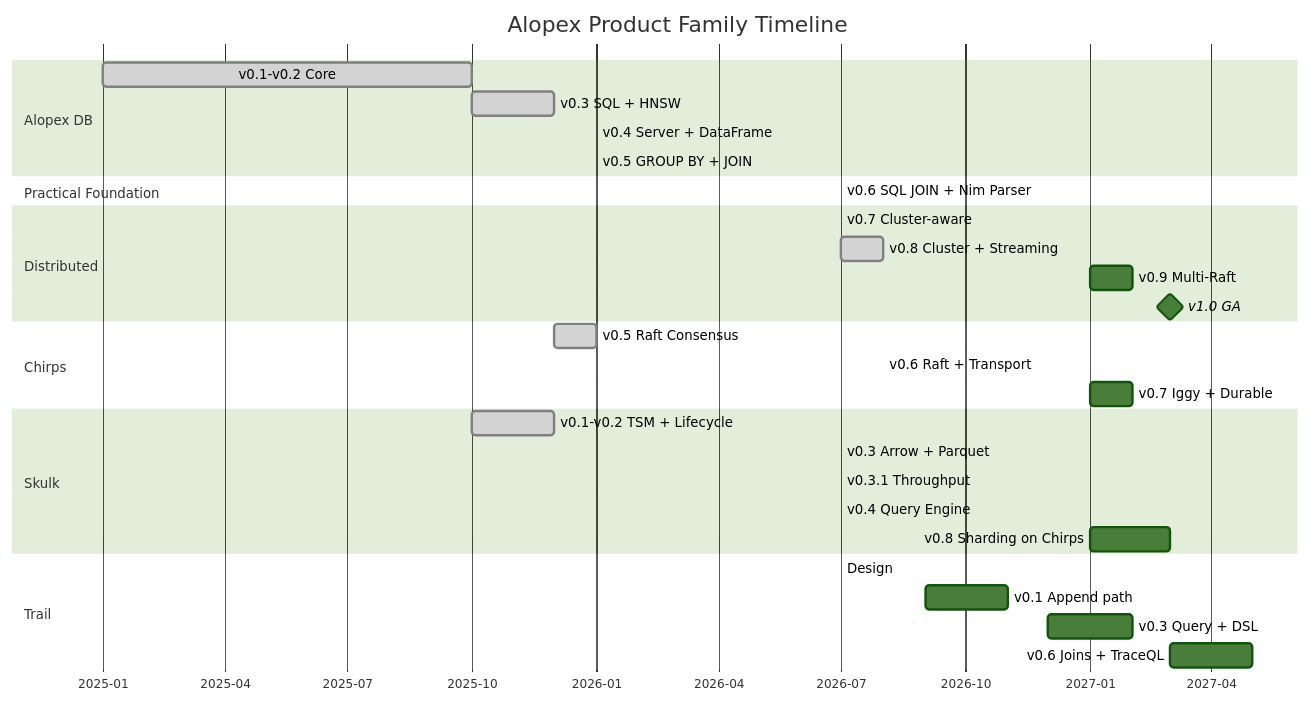
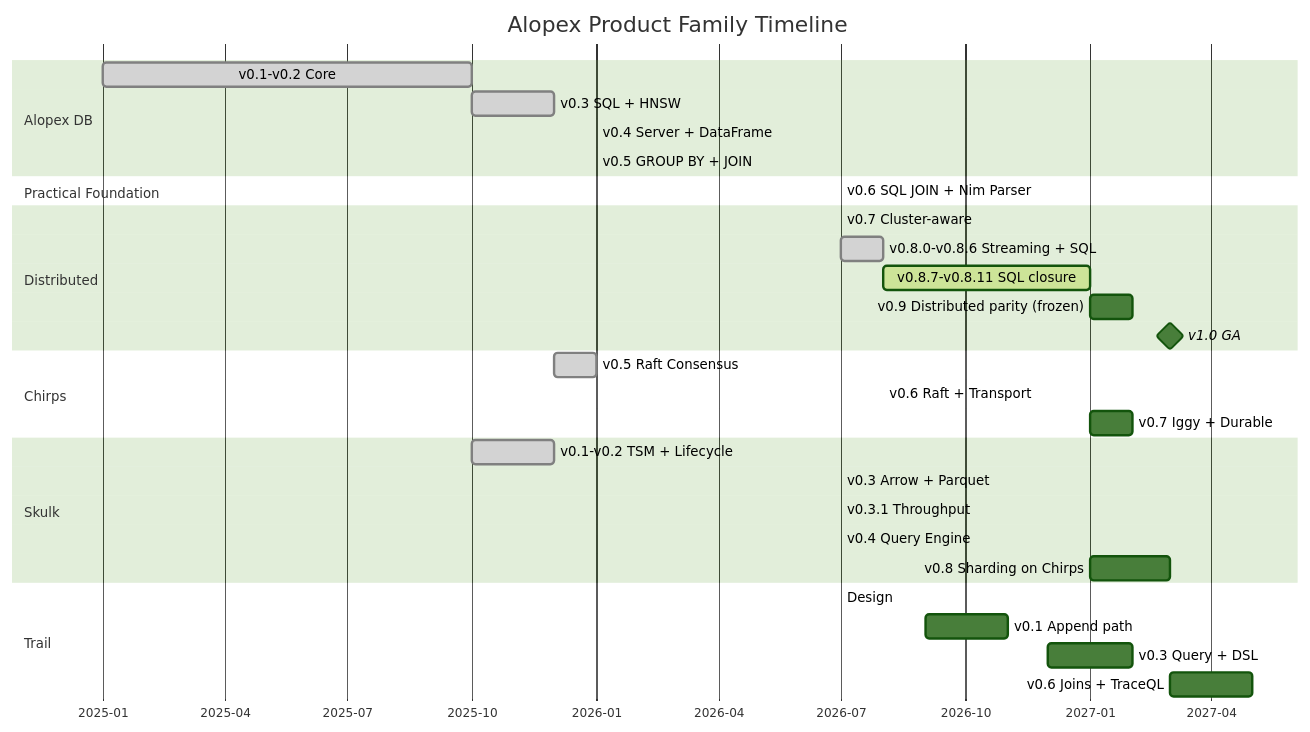
Before and after one commit to alopex-db/alopex-db.github.io: the diagram in docs/roadmap.md, drawn with Mermaid (forest theme). The commit also changed other lines of this file and 8 other files, not shown here.

````diff
--- a/docs/roadmap.md
+++ b/docs/roadmap.md
@@ -51,39 +62,40 @@
 ```mermaid
 gantt
     title Alopex Product Family Timeline
     dateFormat  YYYY-MM
     axisFormat  %Y-%m
 
     section Alopex DB
     v0.1-v0.2 Core          :done, 2025-01, 2025-10
     v0.3 SQL + HNSW         :done, 2025-10, 2025-12
     v0.4 Server + DataFrame :done, 2026-01, 2026-01
     v0.5 GROUP BY + JOIN    :done, 2026-01, 2026-01
 
     section Practical Foundation
     v0.6 SQL JOIN + Nim Parser :done, 2026-07, 2026-07
 
     section Distributed
     v0.7 Cluster-aware      :done, 2026-07, 2026-07
-    v0.8 Cluster + Streaming :done, 2026-07, 2026-08
-    v0.9 Multi-Raft         :2027-01, 2027-02
+    v0.8.0-v0.8.6 Streaming + SQL :done, 2026-07, 2026-08
+    v0.8.7-v0.8.11 SQL closure :active, 2026-08, 2027-01
+    v0.9 Distributed parity (frozen) :2027-01, 2027-02
     v1.0 GA                 :milestone, 2027-03, 0d
 
     section Chirps
     v0.5 Raft Consensus     :done, 2025-12, 2026-01
     v0.6 Raft + Transport   :done, 2026-08, 2026-08
     v0.7 Iggy + Durable     :2027-01, 2027-02
 
     section Skulk
     v0.1-v0.2 TSM + Lifecycle :done, 2025-10, 2025-12
     v0.3 Arrow + Parquet    :done, 2026-07, 2026-07
     v0.3.1 Throughput       :done, 2026-07, 2026-07
     v0.4 Query Engine       :done, 2026-07, 2026-07
     v0.8 Sharding on Chirps :2027-01, 2027-03
 
     section Trail
     Design                  :done, 2026-07, 2026-07
     v0.1 Append path        :2026-09, 2026-11
     v0.3 Query + DSL        :2026-12, 2027-02
     v0.6 Joins + TraceQL    :2027-03, 2027-05
 ```
````
